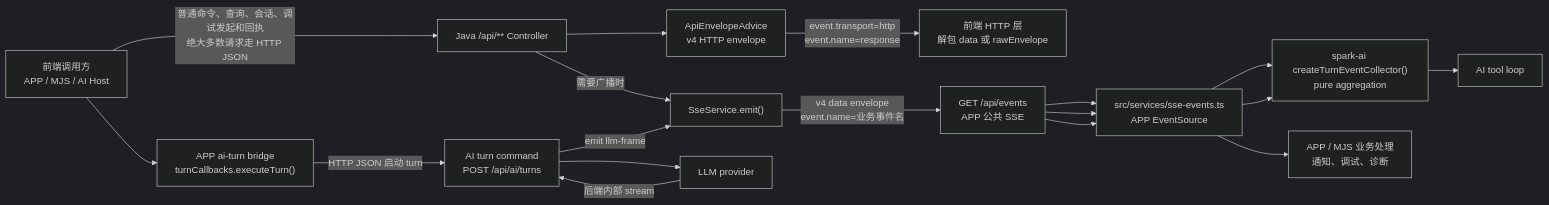
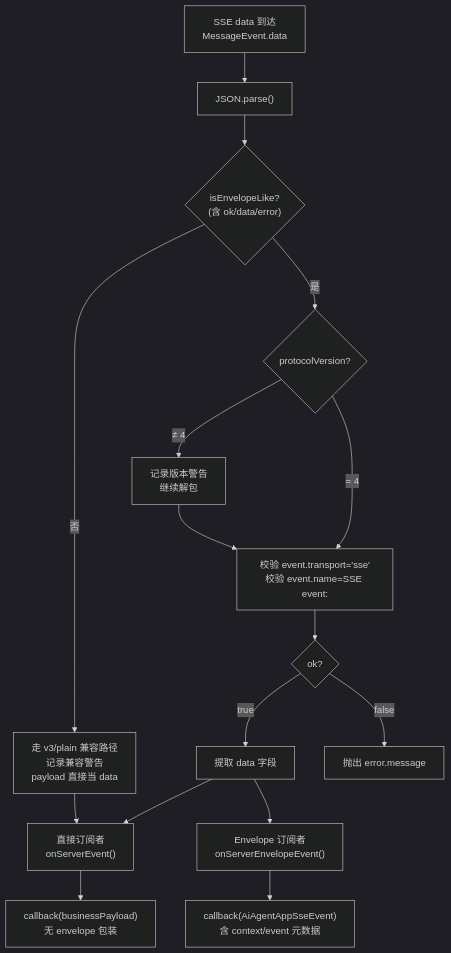
The sixth of 21 diagrams in docs/api/SPARK_COMMUNICATION_ENVELOPE_V4.md (LMSpark/spark-view-vue), drawn with Mermaid (dark theme) before and after one commit. The commit also changed other lines of this file and 11 other files, not shown here.

Commit message:
docs(spark-page-config): clarify page design ai protocol

````diff
--- a/docs/api/SPARK_COMMUNICATION_ENVELOPE_V4.md
+++ b/docs/api/SPARK_COMMUNICATION_ENVELOPE_V4.md
@@ -125,33 +301,24 @@
 ```mermaid
-flowchart LR
-  caller["前端调用方<br/>APP / MJS / AI Host"]
-  httpController["Java /api/** Controller"]
-  envelopeAdvice["ApiEnvelopeAdvice<br/>v4 HTTP envelope"]
-  httpClient["前端 HTTP 层<br/>解包 data 或 rawEnvelope"]
+flowchart TD
+    sse["SSE data 到达<br/>MessageEvent.data"]
 
-  sseService["SseService.emit()"]
-  appEvents["GET /api/events<br/>APP 公共 SSE"]
-  appSseReader["src/services/sse-events.ts<br/>APP EventSource"]
-  turnCollector["spark-ai createTurnEventCollector()<br/>pure aggregation"]
-  businessHandlers["APP / MJS 业务处理<br/>通知、调试、诊断"]
+    sse --> parse["JSON.parse()"]
+    parse --> check{"isEnvelopeLike?<br/>(含 ok/data/error)"}
+    check -->|"否"| legacy["走 v3/plain 兼容路径<br/>记录兼容警告<br/>payload 直接当 data"]
+    check -->|"是"| version{"protocolVersion?"}
+    version -->|"≠ 4"| warnVer["记录版本警告<br/>继续解包"]
+    version -->|"= 4"| validate["校验 event.transport='sse'<br/>校验 event.name=SSE event:"]
 
-  aiBridge["APP ai-turn bridge<br/>turnCallbacks.executeTurn()"]
-  aiTurnCommand["AI turn command<br/>POST /api/ai/turns"]
-  provider["LLM provider"]
-  toolLoop["AI tool loop"]
+    warnVer --> validate
+    validate --> ok{"ok?"}
+    ok -->|"true"| extract["提取 data 字段"]
+    ok -->|"false"| throw["抛出 error.message"]
 
-  caller -->|"普通命令、查询、会话、调试发起和回执<br/>绝大多数请求走 HTTP JSON"| httpController
-  httpController --> envelopeAdvice -->|"event.transport=http<br/>event.name=response"| httpClient
+    extract --> dispatch1["直接订阅者<br/>onServerEvent()"]
+    extract --> dispatch2["Envelope 订阅者<br/>onServerEnvelopeEvent()"]
 
-  httpController -->|"需要广播时"| sseService
-  sseService -->|"v4 data envelope<br/>event.name=业务事件名"| appEvents
-  appEvents --> appSseReader --> businessHandlers
-  appEvents --> appSseReader --> turnCollector
+    dispatch1 --> cb1["callback(businessPayload)<br/>无 envelope 包装"]
+    dispatch2 --> cb2["callback(AiAgentAppSseEvent)<br/>含 context/event 元数据"]
 
-  caller --> aiBridge
-  aiBridge -->|"HTTP JSON 启动 turn"| aiTurnCommand
-  aiTurnCommand --> provider
-  provider -->|"后端内部 stream"| aiTurnCommand
-  aiTurnCommand -->|"emit llm-frame"| sseService
-  appEvents --> appSseReader --> turnCollector --> toolLoop
+    legacy --> dispatch1
 ```
````
